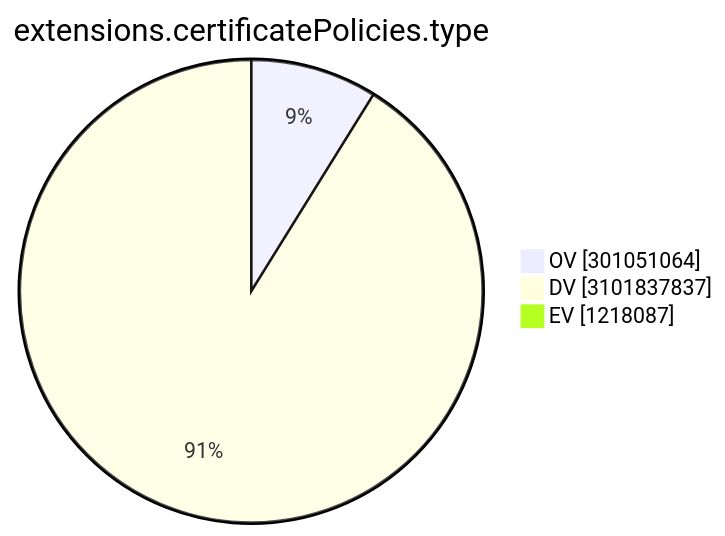
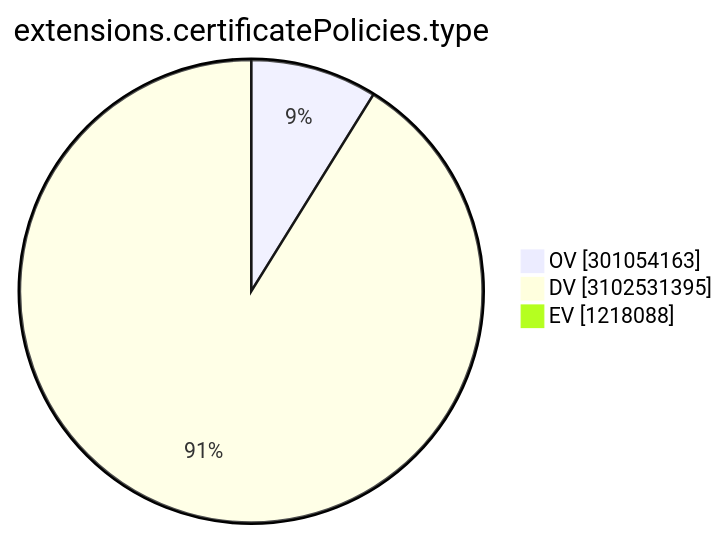
One commit to christiankrug/ctmonitor_visualization changed the ninth of 15 diagrams in TOTAL/README.md. Above: the diagram before and after it, drawn with Mermaid. The commit also changed other lines of this file, not shown here.

````diff
--- a/TOTAL/README.md
+++ b/TOTAL/README.md
@@ -3103,7 +3103,7 @@
 ```mermaid
 pie showData
 title extensions.certificatePolicies.type
-"OV" :301051064
-"DV" :3101837837
-"EV" :1218087
+"OV" :301054163
+"DV" :3102531395
+"EV" :1218088
 ```
````
